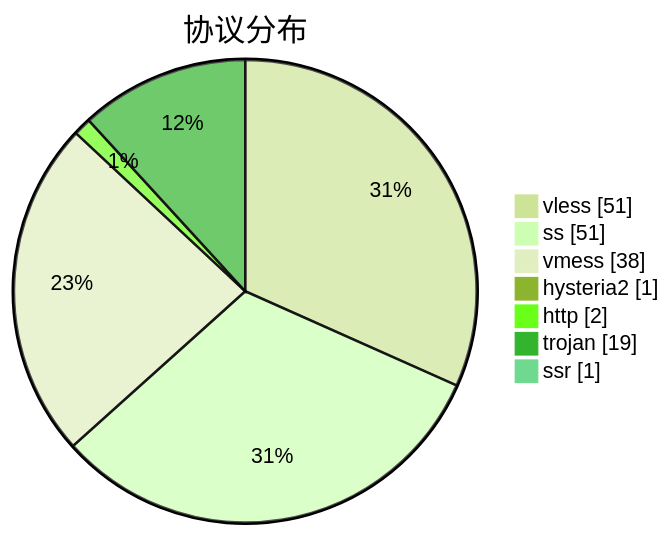
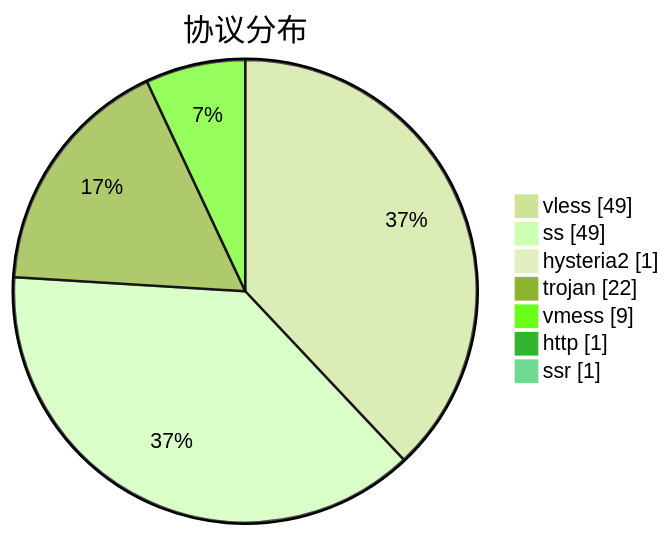
Before and after one commit to sinspired/airport: the third of 3 diagrams in subs/statistics/tested_within.md, drawn with Mermaid (forest theme). The commit also changed other lines of this file and 2 other files, not shown here.

````diff
--- a/subs/statistics/tested_within.md
+++ b/subs/statistics/tested_within.md
@@ -32,11 +34,11 @@
 ```mermaid
 pie showData
 title 协议分布
-"vless" : 51
-"ss" : 51
-"vmess" : 38
+"vless" : 49
+"ss" : 49
 "hysteria2" : 1
-"http" : 2
-"trojan" : 19
+"trojan" : 22
+"vmess" : 9
+"http" : 1
 "ssr" : 1
 ```
````
